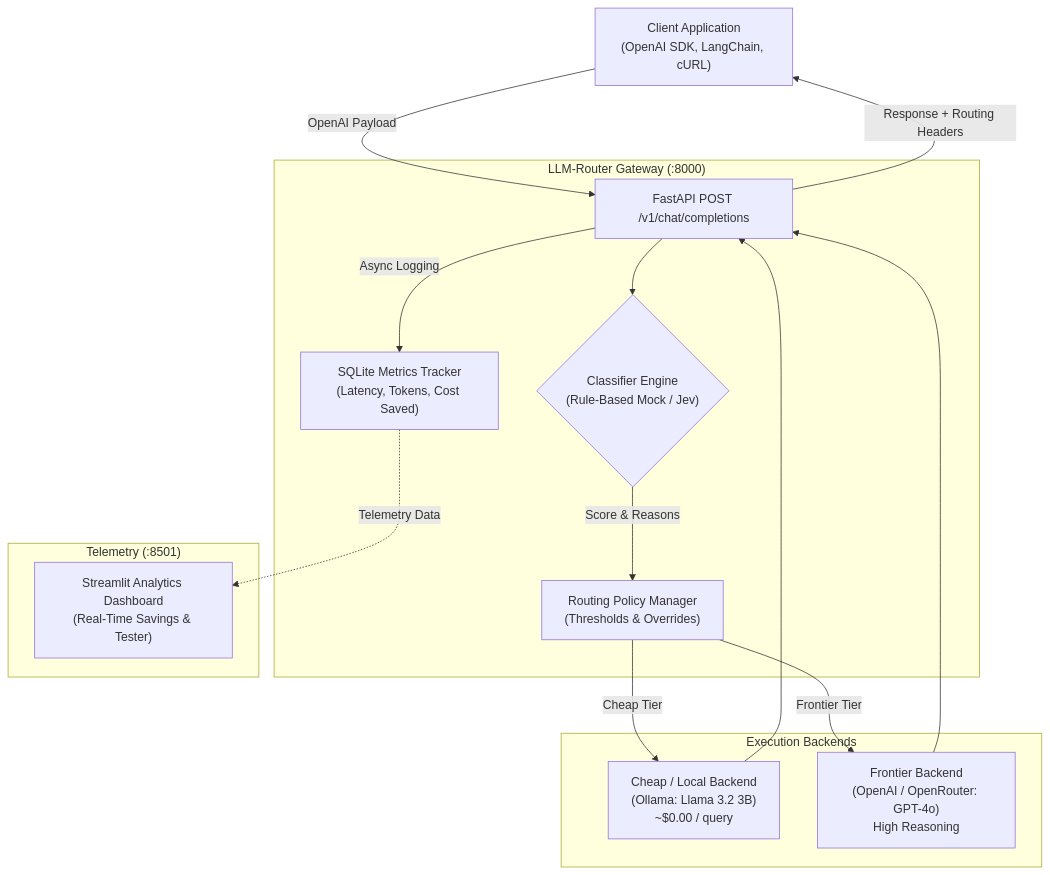
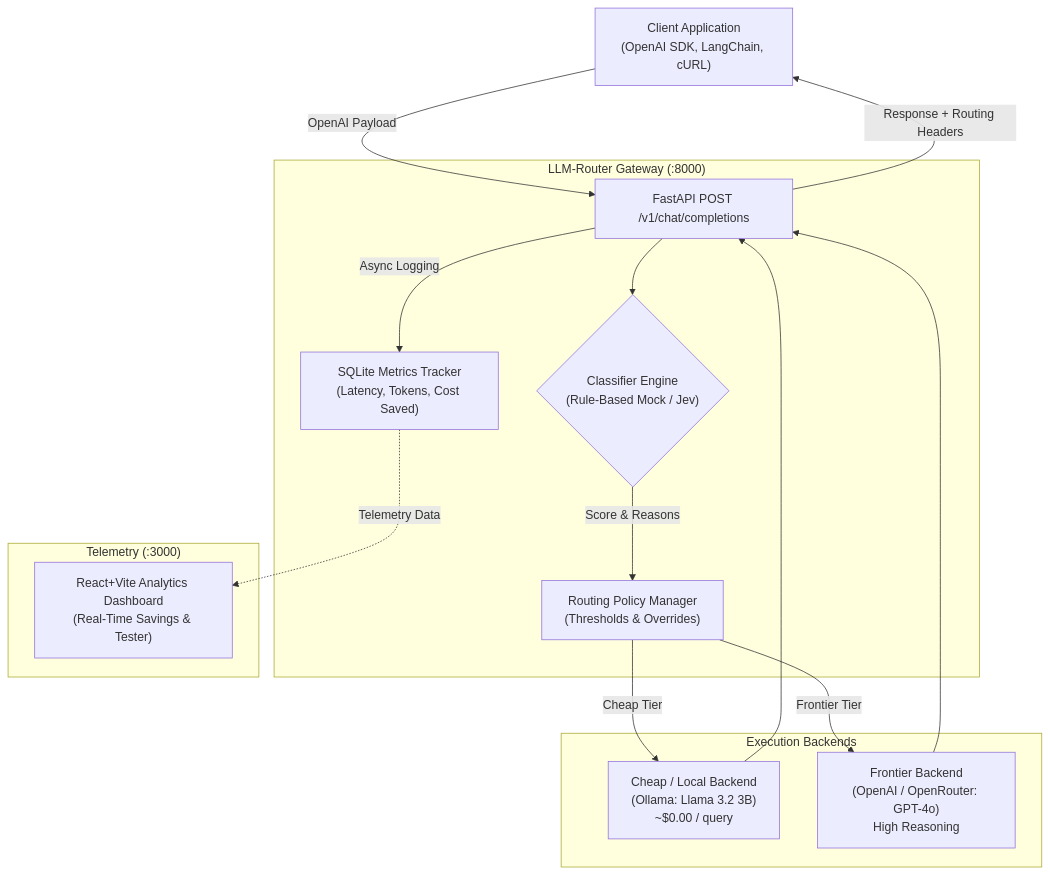
Before and after one commit to Ricos33/LLM-Router: the diagram in README.md, drawn with Mermaid. The commit also changed other lines of this file and 26 other files, not shown here.

Commit message:
feat: replace Streamlit dashboard with React + Vite frontend and add /v1/classify endpoint

````diff
--- a/README.md
+++ b/README.md
@@ -34,31 +34,31 @@
 ```mermaid
 flowchart TD
     Client["Client Application\n(OpenAI SDK, LangChain, cURL)"]
     
     subgraph Gateway ["LLM-Router Gateway (:8000)"]
         API["FastAPI POST /v1/chat/completions"]
         Classifier{"Classifier Engine\n(Rule-Based Mock / Jev)"}
         Policy["Routing Policy Manager\n(Thresholds & Overrides)"]
         Metrics["SQLite Metrics Tracker\n(Latency, Tokens, Cost Saved)"]
     end
     
     subgraph Backends ["Execution Backends"]
         Cheap["Cheap / Local Backend\n(Ollama: Llama 3.2 3B)\n~$0.00 / query"]
         Frontier["Frontier Backend\n(OpenAI / OpenRouter: GPT-4o)\nHigh Reasoning"]
     end
     
-    subgraph Analytics ["Telemetry (:8501)"]
-        Dashboard["Streamlit Analytics Dashboard\n(Real-Time Savings & Tester)"]
+    subgraph Analytics ["Telemetry (:3000)"]
+        Dashboard["React+Vite Analytics Dashboard\n(Real-Time Savings & Tester)"]
     end
 
     Client -->|OpenAI Payload| API
     API --> Classifier
     Classifier -->|Score & Reasons| Policy
     Policy -->|Cheap Tier| Cheap
     Policy -->|Frontier Tier| Frontier
     Cheap --> API
     Frontier --> API
     API -->|Async Logging| Metrics
     Metrics -.->|Telemetry Data| Dashboard
     API -->|Response + Routing Headers| Client
 ```
````
